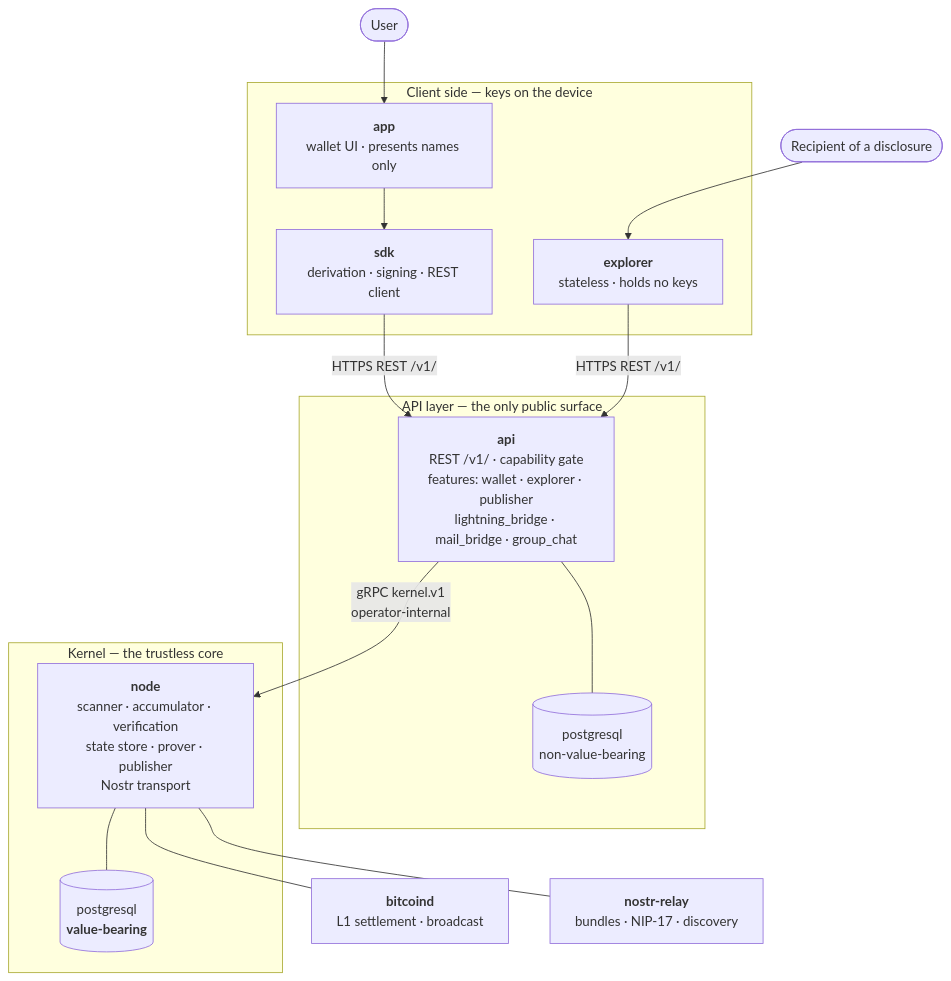
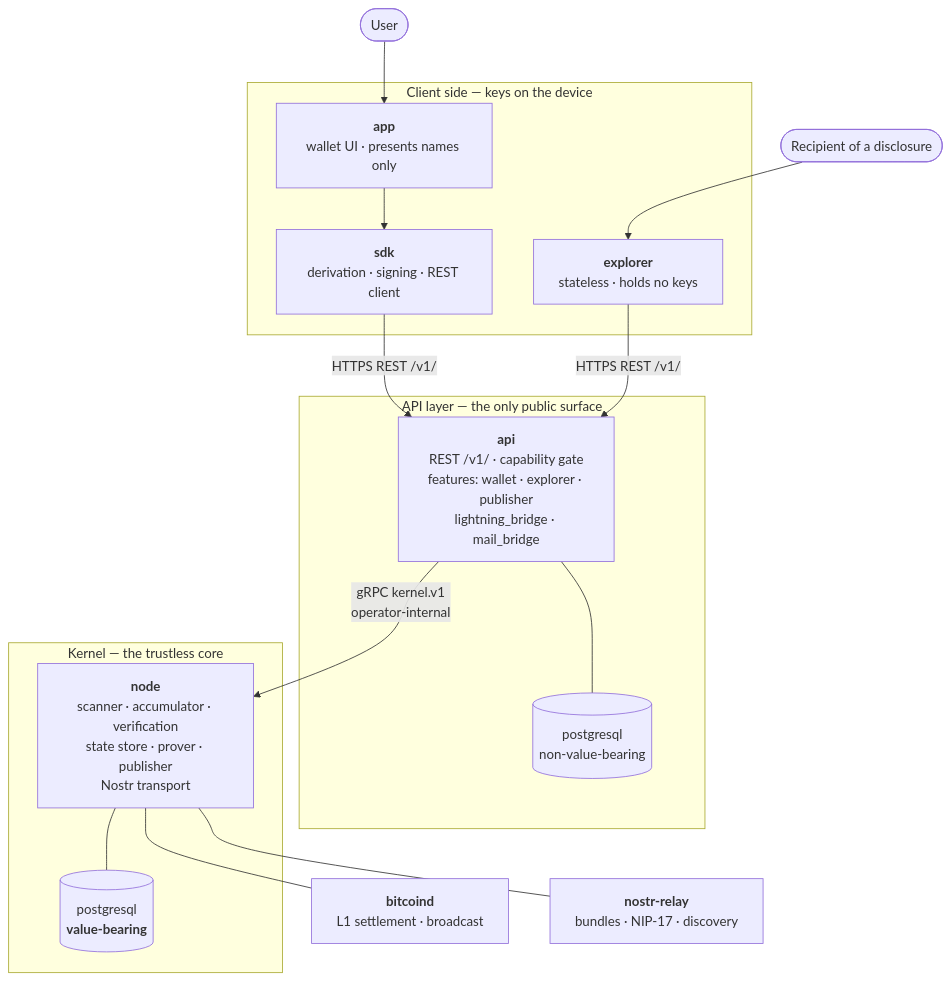
The diagram in docs/architecture.md (zk-coins/docs), drawn with Mermaid before and after one commit. The commit also changed other lines of this file and 11 other files, not shown here.

First line of the commit message:
docs: mark Marmot group chat as v2, not a v1 feature

````diff
--- a/docs/architecture.md
+++ b/docs/architecture.md
@@ -11,34 +11,34 @@
 ```mermaid
 flowchart TB
   user(["User"])
   discl(["Recipient of a disclosure"])
 
   subgraph client["Client side — keys on the device"]
     app["<b>app</b><br/>wallet UI · presents names only"]
     sdk["<b>sdk</b><br/>derivation · signing · REST client"]
     expl["<b>explorer</b><br/>stateless · holds no keys"]
   end
 
   subgraph apil["API layer — the only public surface"]
-    api["<b>api</b><br/>REST /v1/ · capability gate<br/>features: wallet · explorer · publisher<br/>lightning_bridge · mail_bridge · group_chat"]
+    api["<b>api</b><br/>REST /v1/ · capability gate<br/>features: wallet · explorer · publisher<br/>lightning_bridge · mail_bridge"]
     apidb[("postgresql<br/>non-value-bearing")]
   end
 
   subgraph kern["Kernel — the trustless core"]
     node["<b>node</b><br/>scanner · accumulator · verification<br/>state store · prover · publisher<br/>Nostr transport"]
     nodedb[("postgresql<br/><b>value-bearing</b>")]
   end
 
   btc["<b>bitcoind</b><br/>L1 settlement · broadcast"]
   relay["<b>nostr-relay</b><br/>bundles · NIP-17 · discovery"]
 
   user --> app --> sdk
   discl --> expl
   sdk -- "HTTPS REST /v1/" --> api
   expl -- "HTTPS REST /v1/" --> api
   api --- apidb
   api -- "gRPC kernel.v1<br/>operator-internal" --> node
   node --- nodedb
   node --- btc
   node --- relay
 ```
````
